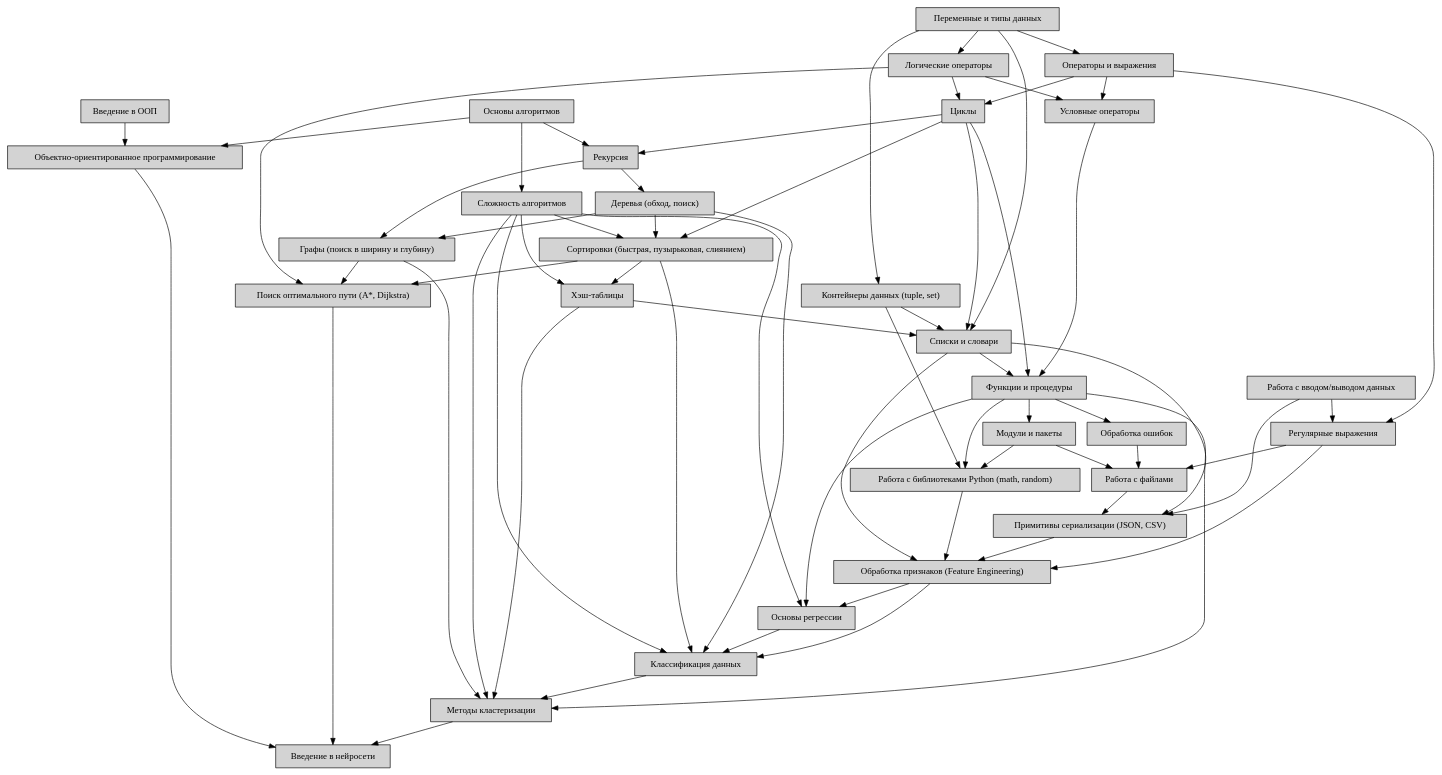
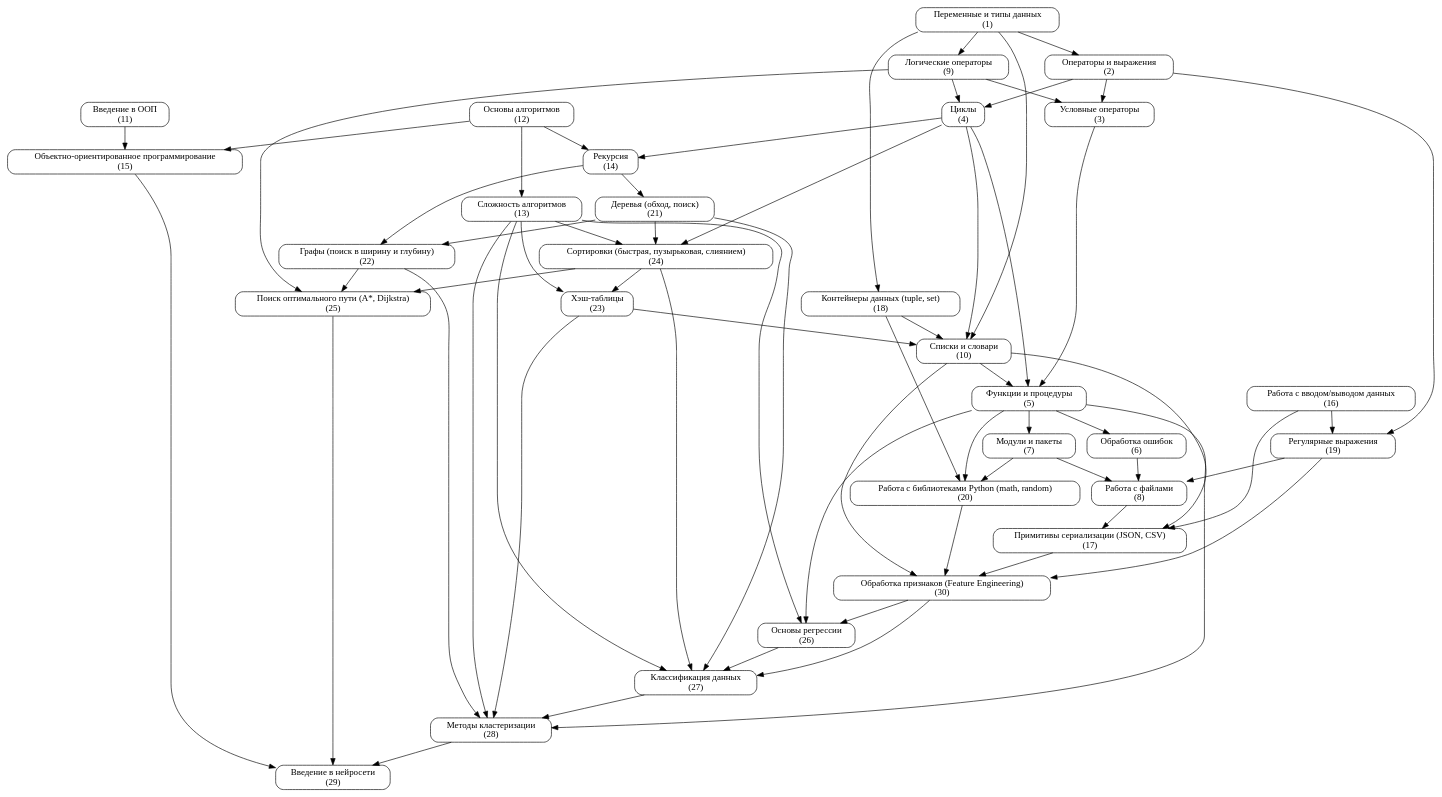
One commit to LyoshaGodX/AdaptiveLearn changed the diagram in adaptive_learning_system/temp_dir/skills_graph.dot. Above: the diagram before and after it, drawn with Graphviz. The commit also changed 68 other files, not shown here.

```diff
--- a/adaptive_learning_system/temp_dir/skills_graph.dot
+++ b/adaptive_learning_system/temp_dir/skills_graph.dot
@@ -1,97 +1,99 @@
-digraph skills_graph {
-  rankdir=TB;
-  node [shape=box];
-  11 [label="Введение в ООП", style="filled, color=lightblue"];
-  29 [label="Введение в нейросети", style="filled, color=lightgray"];
-  22 [label="Графы (поиск в ширину и глубину)", style="filled, color=lightgray"];
-  21 [label="Деревья (обход, поиск)", style="filled, color=lightgray"];
-  27 [label="Классификация данных", style="filled, color=lightgray"];
-  18 [label="Контейнеры данных (tuple, set)", style="filled, color=lightgray"];
-  9 [label="Логические операторы", style="filled, color=lightblue"];
-  28 [label="Методы кластеризации", style="filled, color=lightgray"];
-  7 [label="Модули и пакеты", style="filled, color=lightblue"];
-  6 [label="Обработка ошибок", style="filled, color=lightblue"];
-  30 [label="Обработка признаков (Feature Engineering)", style="filled, color=lightgray"];
-  15 [label="Объектно-ориентированное программирование", style="filled, color=lightblue"];
-  2 [label="Операторы и выражения", style="filled, color=lightblue"];
-  12 [label="Основы алгоритмов", style="filled, color=lightblue"];
-  26 [label="Основы регрессии", style="filled, color=lightgray"];
-  1 [label="Переменные и типы данных", style="filled, color=lightblue"];
-  25 [label="Поиск оптимального пути (A*, Dijkstra)", style="filled, color=lightgray"];
-  17 [label="Примитивы сериализации (JSON, CSV)", style="filled, color=lightgray"];
-  20 [label="Работа с библиотеками Python (math, random)", style="filled, color=lightgray"];
-  16 [label="Работа с вводом/выводом данных", style="filled, color=lightgray"];
-  8 [label="Работа с файлами", style="filled, color=lightblue"];
-  19 [label="Регулярные выражения", style="filled, color=lightgray"];
-  14 [label="Рекурсия", style="filled, color=lightblue"];
-  13 [label="Сложность алгоритмов", style="filled, color=lightblue"];
-  24 [label="Сортировки (быстрая, пузырьковая, слиянием)", style="filled, color=lightgray"];
-  10 [label="Списки и словари", style="filled, color=lightblue"];
-  3 [label="Условные операторы", style="filled, color=lightblue"];
-  5 [label="Функции и процедуры", style="filled, color=lightblue"];
-  23 [label="Хэш-таблицы", style="filled, color=lightgray"];
-  4 [label="Циклы", style="filled, color=lightblue"];
-  11 -> 15;
-  22 -> 28;
-  22 -> 25;
-  21 -> 22;
-  21 -> 27;
-  21 -> 24;
-  27 -> 28;
-  18 -> 20;
-  18 -> 10;
-  9 -> 25;
-  9 -> 3;
-  9 -> 4;
-  28 -> 29;
-  7 -> 20;
-  7 -> 8;
-  6 -> 8;
-  30 -> 27;
-  30 -> 26;
-  15 -> 29;
-  2 -> 19;
-  2 -> 3;
-  2 -> 4;
-  12 -> 15;
-  12 -> 14;
-  12 -> 13;
-  26 -> 27;
-  1 -> 18;
-  1 -> 9;
-  1 -> 2;
-  1 -> 10;
-  25 -> 29;
-  17 -> 30;
-  20 -> 30;
-  16 -> 17;
-  16 -> 19;
-  8 -> 17;
-  19 -> 30;
-  19 -> 8;
-  14 -> 22;
-  14 -> 21;
-  13 -> 27;
-  13 -> 28;
-  13 -> 26;
-  13 -> 24;
-  13 -> 23;
-  24 -> 27;
-  24 -> 25;
-  24 -> 23;
-  10 -> 30;
-  10 -> 17;
-  10 -> 5;
-  3 -> 5;
-  5 -> 28;
-  5 -> 7;
-  5 -> 6;
-  5 -> 26;
-  5 -> 20;
-  23 -> 28;
-  23 -> 10;
-  4 -> 14;
-  4 -> 24;
-  4 -> 10;
-  4 -> 5;
+digraph SkillsGraph {
+    rankdir=TB;
+    node [shape=box, style=rounded];
+
+    11 [label="Введение в ООП\n(11)"];
+    29 [label="Введение в нейросети\n(29)"];
+    22 [label="Графы (поиск в ширину и глубину)\n(22)"];
+    21 [label="Деревья (обход, поиск)\n(21)"];
+    27 [label="Классификация данных\n(27)"];
+    18 [label="Контейнеры данных (tuple, set)\n(18)"];
+    9 [label="Логические операторы\n(9)"];
+    28 [label="Методы кластеризации\n(28)"];
+    7 [label="Модули и пакеты\n(7)"];
+    6 [label="Обработка ошибок\n(6)"];
+    30 [label="Обработка признаков (Feature Engineering)\n(30)"];
+    15 [label="Объектно-ориентированное программирование\n(15)"];
+    2 [label="Операторы и выражения\n(2)"];
+    12 [label="Основы алгоритмов\n(12)"];
+    26 [label="Основы регрессии\n(26)"];
+    1 [label="Переменные и типы данных\n(1)"];
+    25 [label="Поиск оптимального пути (A*, Dijkstra)\n(25)"];
+    17 [label="Примитивы сериализации (JSON, CSV)\n(17)"];
+    20 [label="Работа с библиотеками Python (math, random)\n(20)"];
+    16 [label="Работа с вводом/выводом данных\n(16)"];
+    8 [label="Работа с файлами\n(8)"];
+    19 [label="Регулярные выражения\n(19)"];
+    14 [label="Рекурсия\n(14)"];
+    13 [label="Сложность алгоритмов\n(13)"];
+    24 [label="Сортировки (быстрая, пузырьковая, слиянием)\n(24)"];
+    10 [label="Списки и словари\n(10)"];
+    3 [label="Условные операторы\n(3)"];
+    5 [label="Функции и процедуры\n(5)"];
+    23 [label="Хэш-таблицы\n(23)"];
+    4 [label="Циклы\n(4)"];
+
+    25 -> 29;
+    28 -> 29;
+    15 -> 29;
+    21 -> 22;
+    14 -> 22;
+    14 -> 21;
+    13 -> 27;
+    21 -> 27;
+    24 -> 27;
+    26 -> 27;
+    30 -> 27;
+    1 -> 18;
+    1 -> 9;
+    5 -> 28;
+    13 -> 28;
+    22 -> 28;
+    23 -> 28;
+    27 -> 28;
+    5 -> 7;
+    5 -> 6;
+    17 -> 30;
+    10 -> 30;
+    19 -> 30;
+    20 -> 30;
+    11 -> 15;
+    12 -> 15;
+    1 -> 2;
+    5 -> 26;
+    13 -> 26;
+    30 -> 26;
+    24 -> 25;
+    9 -> 25;
+    22 -> 25;
+    16 -> 17;
+    8 -> 17;
+    10 -> 17;
+    18 -> 20;
+    5 -> 20;
+    7 -> 20;
+    19 -> 8;
+    6 -> 8;
+    7 -> 8;
+    16 -> 19;
+    2 -> 19;
+    12 -> 14;
+    4 -> 14;
+    12 -> 13;
+    13 -> 24;
+    4 -> 24;
+    21 -> 24;
+    1 -> 10;
+    18 -> 10;
+    4 -> 10;
+    23 -> 10;
+    9 -> 3;
+    2 -> 3;
+    10 -> 5;
+    3 -> 5;
+    4 -> 5;
+    24 -> 23;
+    13 -> 23;
+    9 -> 4;
+    2 -> 4;
 }
```
